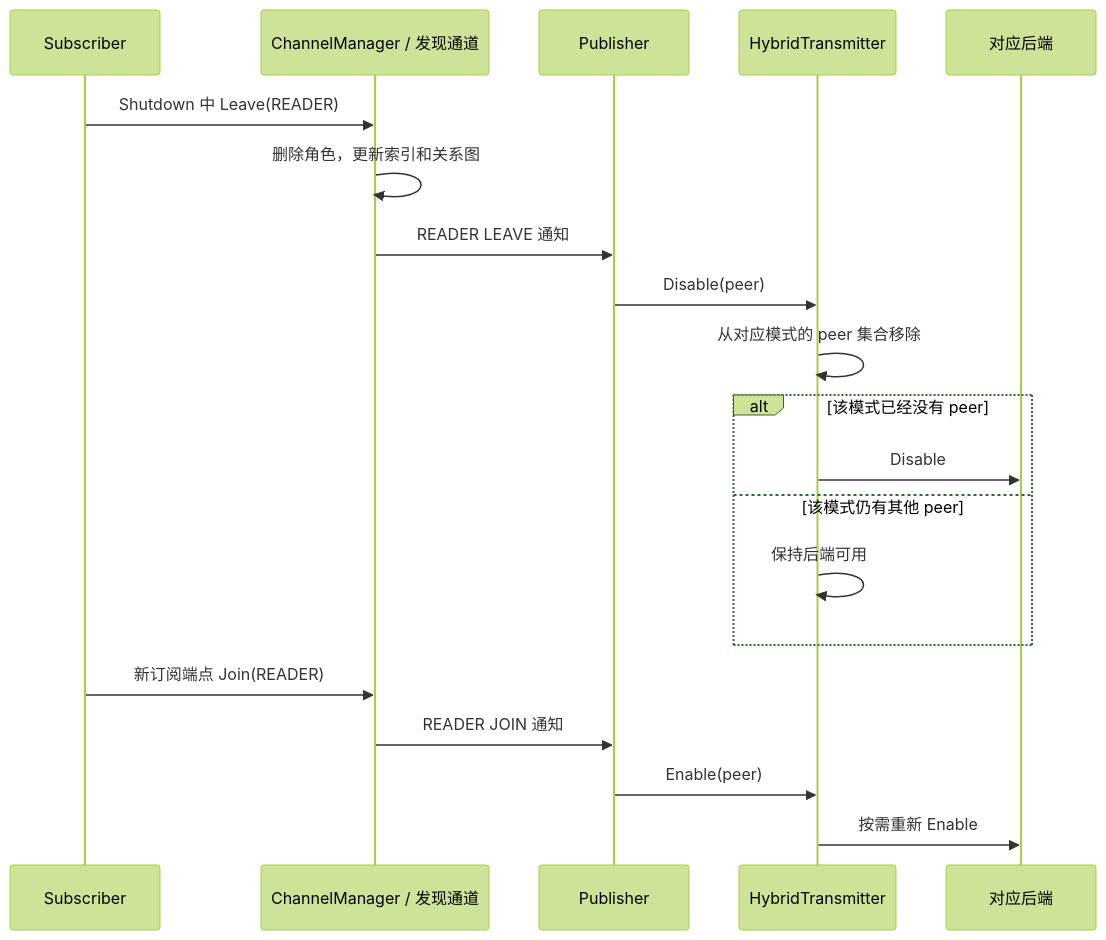
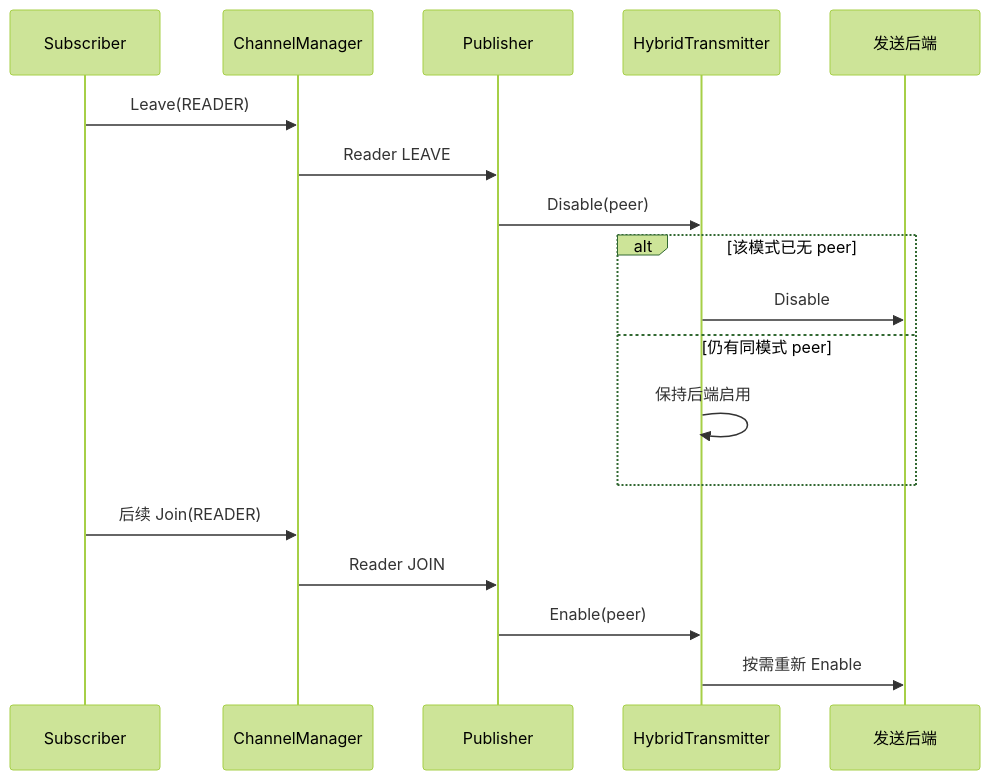
Before and after one commit to jzh03/cpp_MINI-CyberRT: diagram 12 of 13 in doc/architecture.md, drawn with Mermaid (forest theme). The commit also changed other lines of this file and 13 other files, not shown here.

````diff
--- a/doc/architecture.md
+++ b/doc/architecture.md
@@ -507,22 +372,20 @@
 ```mermaid
 sequenceDiagram
     participant S as Subscriber
-    participant D as ChannelManager / 发现通道
+    participant D as ChannelManager
     participant P as Publisher
     participant H as HybridTransmitter
-    participant B as 对应后端
-    S->>D: Shutdown 中 Leave(READER)
-    D->>D: 删除角色，更新索引和关系图
-    D->>P: READER LEAVE 通知
+    participant B as 发送后端
+    S->>D: Leave(READER)
+    D->>P: Reader LEAVE
     P->>H: Disable(peer)
-    H->>H: 从对应模式的 peer 集合移除
-    alt 该模式已经没有 peer
+    alt 该模式已无 peer
         H->>B: Disable
-    else 该模式仍有其他 peer
-        H->>H: 保持后端可用
+    else 仍有同模式 peer
+        H->>H: 保持后端启用
     end
-    S->>D: 新订阅端点 Join(READER)
-    D->>P: READER JOIN 通知
+    S->>D: 后续 Join(READER)
+    D->>P: Reader JOIN
     P->>H: Enable(peer)
     H->>B: 按需重新 Enable
 ```
````
